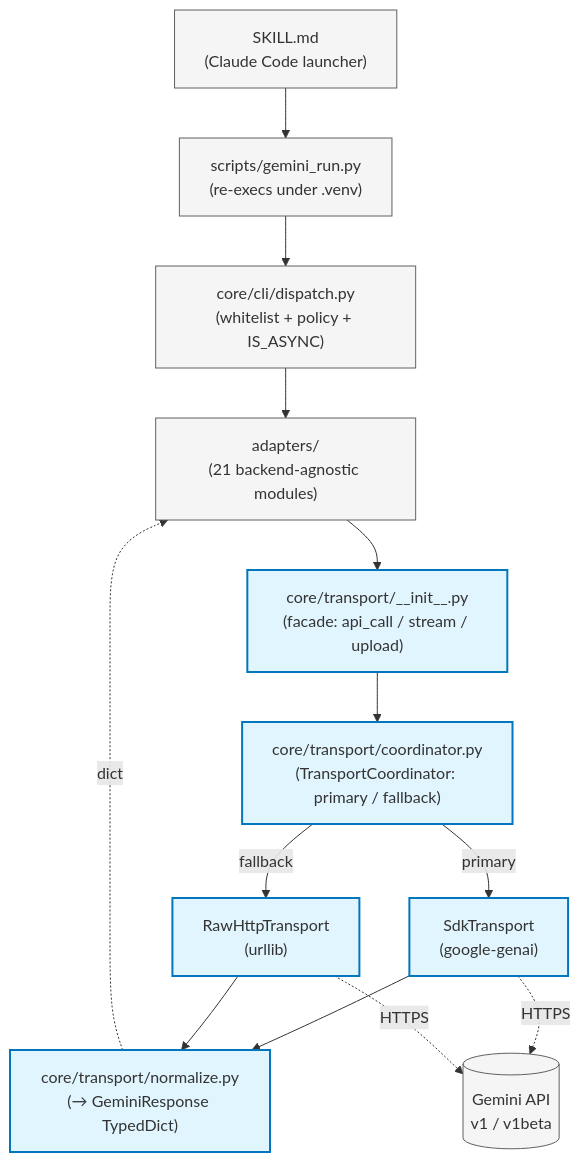
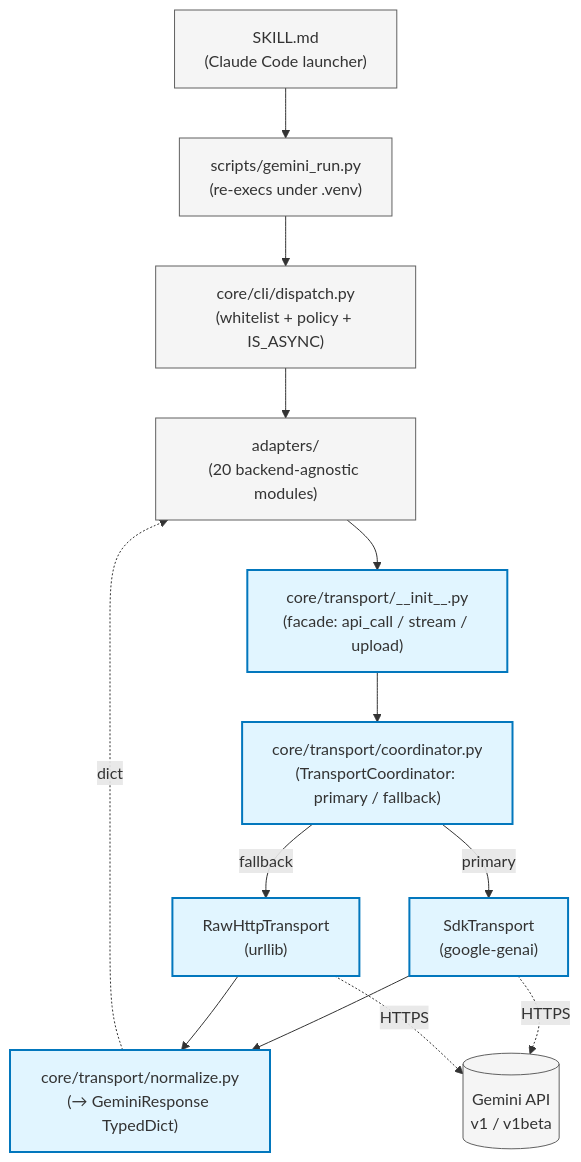
The diagram in docs/diagrams/architecture-dual-backend.mmd (reshinto/gemini-skill), drawn with Mermaid before and after one commit. The commit also changed 2 other files, not shown here.

Commit message:
docs(diagrams): correct labels in architecture, secrets-flow, design-patterns
- architecture-dual-backend: adapter count 21 → 20 (imagen + live are
  SDK-direct and not backend-agnostic; 22 total − 2 = 20)
- secrets-flow: resolve_key() path core/infra/auth.py → core/auth/auth.py
  (auth module lives under core/auth/, not core/infra/)
- design-patterns-overview: remove spurious -http_client: httpx.Client from
  RawHttpTransport (class is stateless; backend uses urllib, not httpx)

```diff
--- a/docs/diagrams/architecture-dual-backend.mmd
+++ b/docs/diagrams/architecture-dual-backend.mmd
@@ -1,31 +1,31 @@
 %% Dual-backend transport architecture for gemini-skill.
 %% Shows how adapters remain backend-agnostic: all calls flow through
 %% the core.transport facade, which consults the TransportCoordinator,
 %% which picks between SdkTransport (primary) and RawHttpTransport
 %% (fallback). Normalization ensures identical GeminiResponse dict
 %% shape regardless of which backend answered.
 flowchart TD
     SKILL["SKILL.md<br/>(Claude Code launcher)"]
     RUN["scripts/gemini_run.py<br/>(re-execs under .venv)"]
     DISP["core/cli/dispatch.py<br/>(whitelist + policy + IS_ASYNC)"]
-    ADAPT["adapters/<br/>(21 backend-agnostic modules)"]
+    ADAPT["adapters/<br/>(20 backend-agnostic modules)"]
     FACADE["core/transport/__init__.py<br/>(facade: api_call / stream / upload)"]
     COORD["core/transport/coordinator.py<br/>(TransportCoordinator: primary / fallback)"]
     SDK["SdkTransport<br/>(google-genai)"]
     RAW["RawHttpTransport<br/>(urllib)"]
     NORM["core/transport/normalize.py<br/>(→ GeminiResponse TypedDict)"]
     GEMINI[("Gemini API<br/>v1 / v1beta")]
 
     SKILL --> RUN --> DISP --> ADAPT --> FACADE --> COORD
     COORD -->|primary| SDK
     COORD -->|fallback| RAW
     SDK --> NORM
     RAW --> NORM
     SDK -.->|HTTPS| GEMINI
     RAW -.->|HTTPS| GEMINI
     NORM -.->|dict| ADAPT
 
     classDef new fill:#e1f5ff,stroke:#0277bd,stroke-width:2px
     classDef existing fill:#f5f5f5,stroke:#616161
     class FACADE,COORD,SDK,RAW,NORM new
     class SKILL,RUN,DISP,ADAPT,GEMINI existing
```
